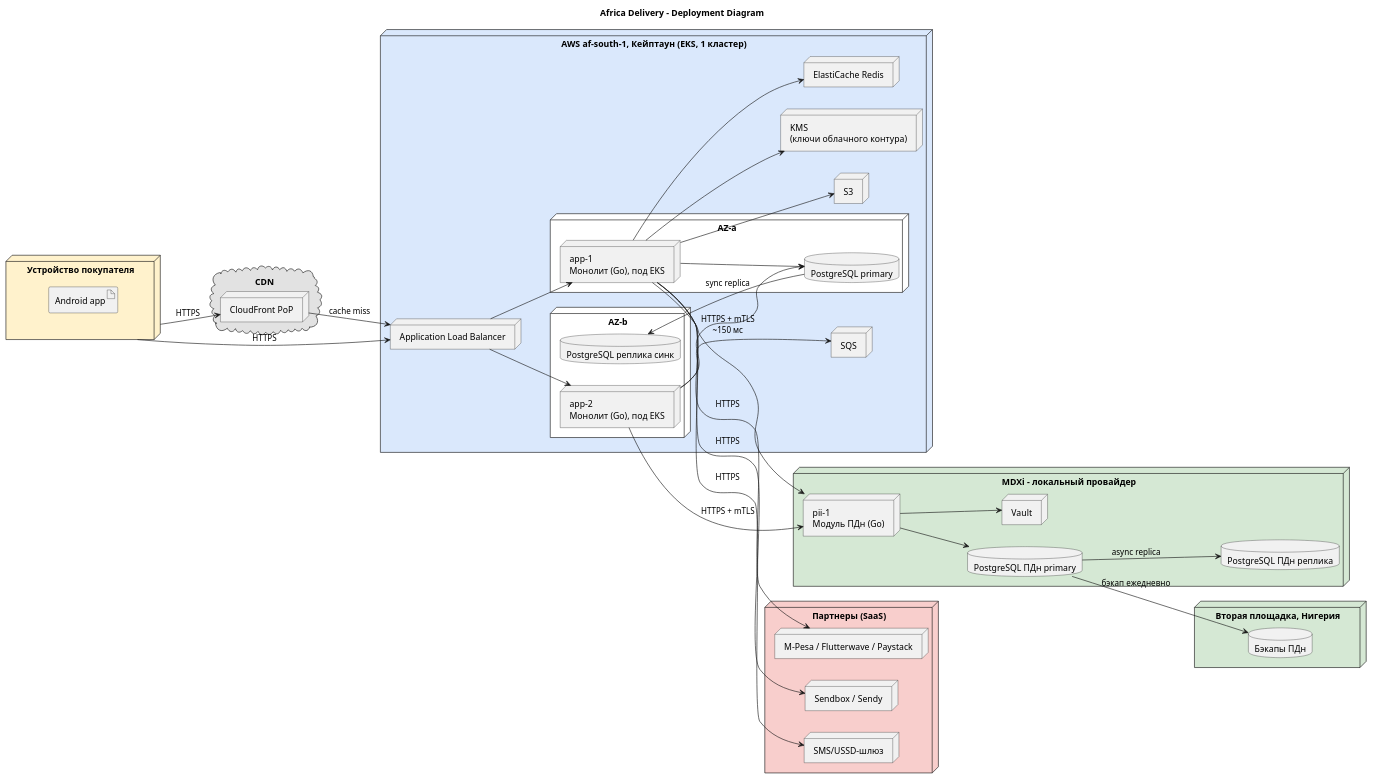
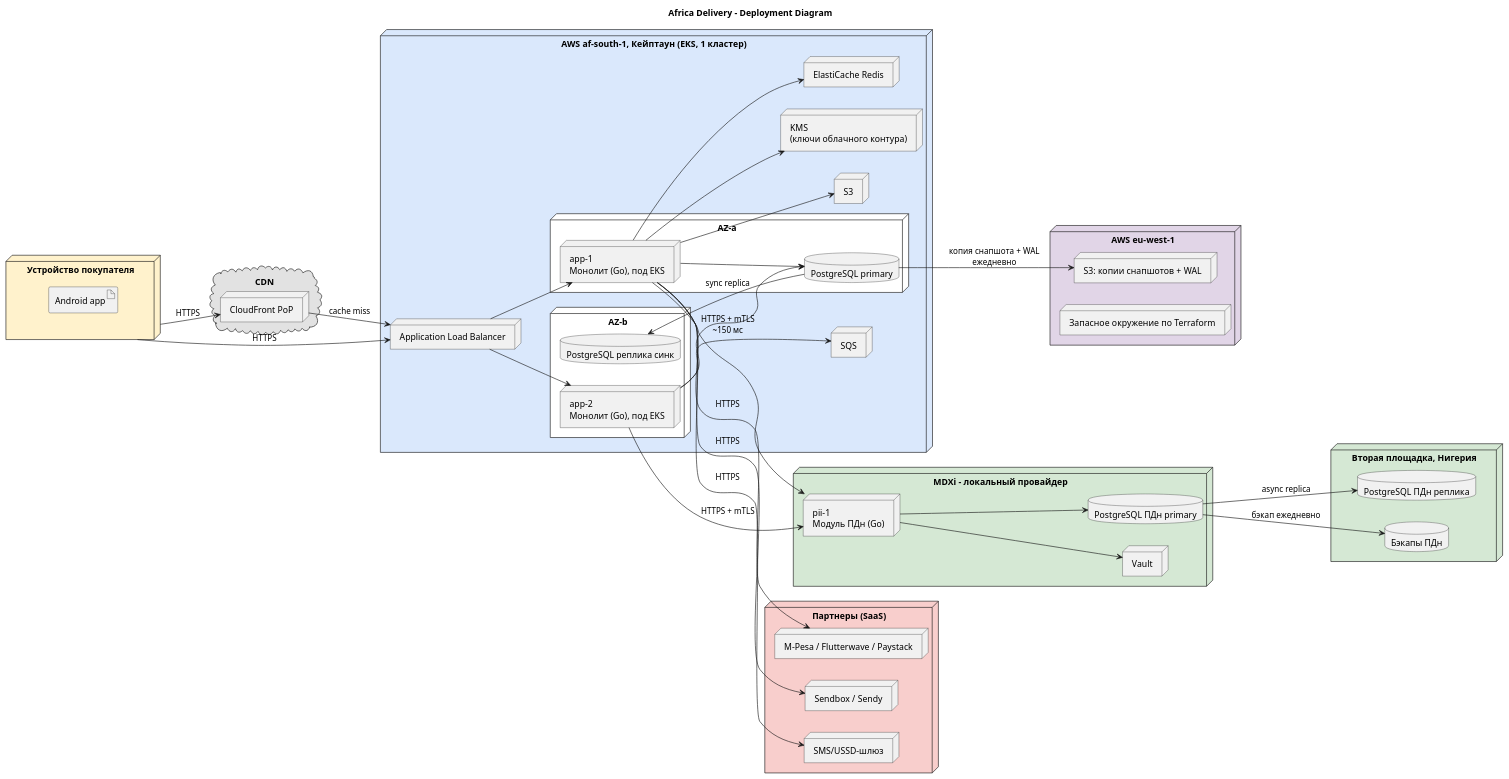
The diagram in Task4/deployment-diagram.puml (glebpovalihin/Africa_Delivery), drawn with PlantUML before and after one commit. The commit also changed 15 other files, not shown here.

```diff
--- a/Task4/deployment-diagram.puml
+++ b/Task4/deployment-diagram.puml
@@ -1,69 +1,75 @@
 @startuml deployment-diagram
 title Africa Delivery - Deployment Diagram
 skinparam shadowing false
 left to right direction
 
 node "Устройство покупателя" as client #FFF2CC {
   artifact "Android app"
 }
 
 cloud "CDN" as cdn #E2E2E2 {
   node "CloudFront PoP" as pop
 }
 
 node "AWS af-south-1, Кейптаун (EKS, 1 кластер)" as region #DAE8FC {
   node "AZ-a" as aza #FFFFFF {
     node "app-1\nМонолит (Go), под EKS" as app1
     database "PostgreSQL primary" as pg1
   }
   node "AZ-b" as azb #FFFFFF {
     node "app-2\nМонолит (Go), под EKS" as app2
     database "PostgreSQL реплика синк" as pg2
   }
   node "ElastiCache Redis" as redis
   node "SQS" as sqs
   node "S3" as s3
   node "KMS\n(ключи облачного контура)" as kms
   node "Application Load Balancer" as alb
 }
 
 node "MDXi - локальный провайдер" as lagos #D5E8D4 {
   node "pii-1\nМодуль ПДн (Go)" as pii1
   database "PostgreSQL ПДн primary" as png1
-  database "PostgreSQL ПДн реплика" as png2
   node "Vault" as vault
 }
 
 node "Вторая площадка, Нигерия" as lagos2 #D5E8D4 {
+  database "PostgreSQL ПДн реплика" as png2
   database "Бэкапы ПДн" as backups
+}
+
+node "AWS eu-west-1" as dr #E1D5E7 {
+  node "S3: копии снапшотов + WAL" as drs3
+  node "Запасное окружение по Terraform" as driac
 }
 
 node "Партнеры (SaaS)" as partners #F8CECC {
   node "M-Pesa / Flutterwave / Paystack" as pay
   node "Sendbox / Sendy" as log
   node "SMS/USSD-шлюз" as sms
 }
 
 client --> pop : HTTPS
 client --> alb : HTTPS
 pop --> alb : cache miss
 alb --> app1
 alb --> app2
 app1 --> pg1
 app2 --> pg1
 pg1 --> pg2 : sync replica
 app1 --> redis
 app2 --> sqs
 app1 --> s3
 app1 --> kms
 app1 --> pii1 : HTTPS + mTLS\n~150 мс
 app2 --> pii1 : HTTPS + mTLS
 pii1 --> png1
 png1 --> png2 : async replica
 pii1 --> vault
 png1 --> backups : бэкап ежедневно
+pg1 --> drs3 : копия снапшота + WAL\nежедневно
 app1 --> pay : HTTPS
 app1 --> log : HTTPS
 app1 --> sms : HTTPS
 
 @enduml
```
